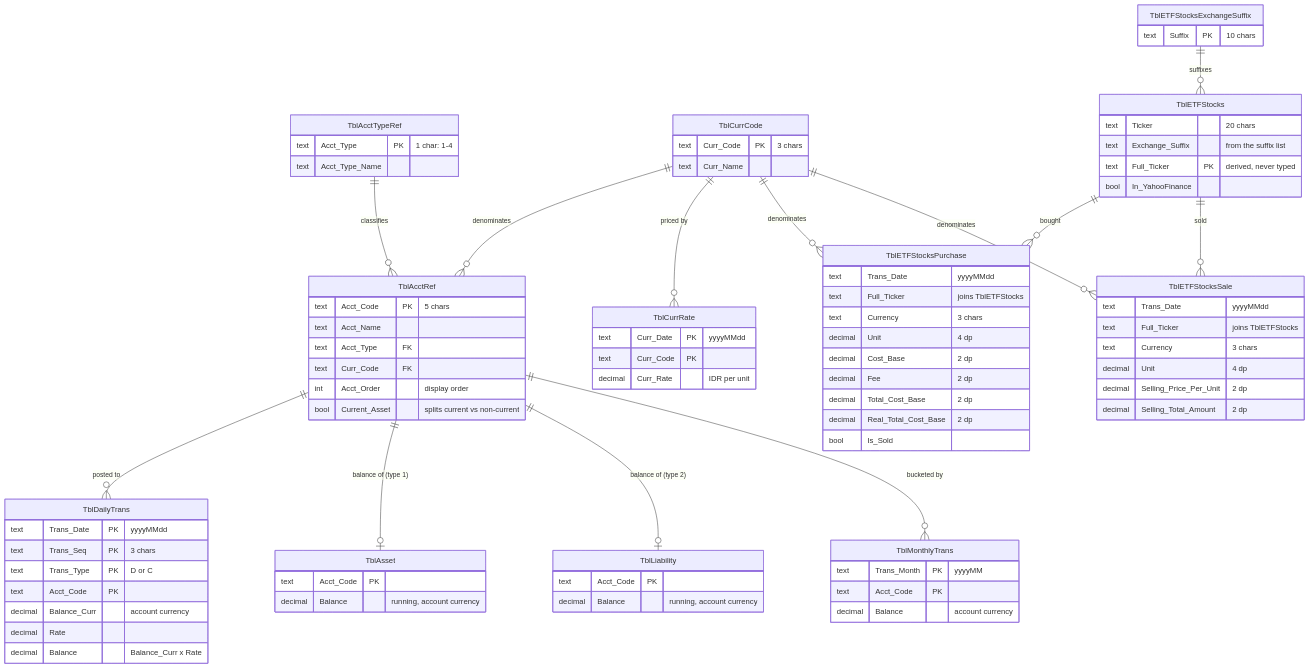
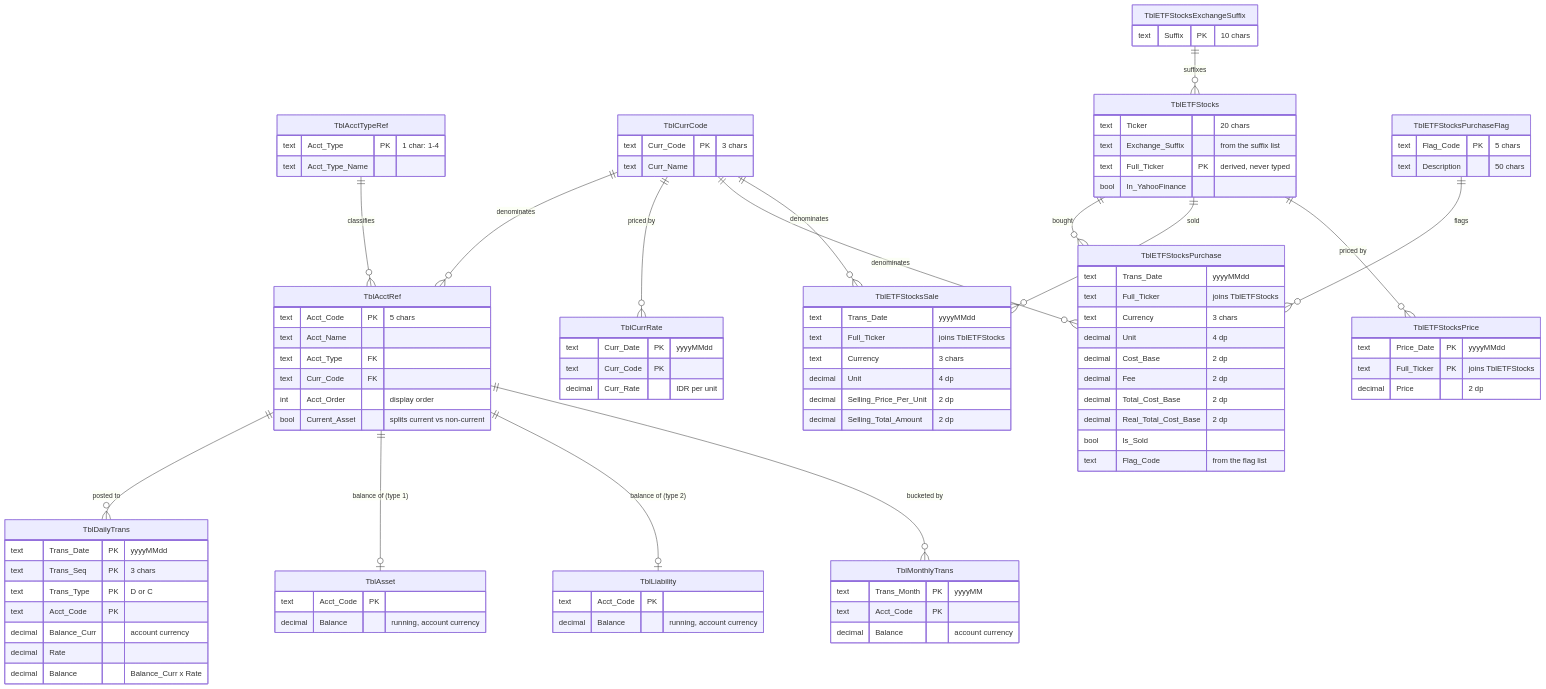
The third of 3 diagrams in README.md (oscar-rijadi/FinancialBalance), drawn with Mermaid before and after one commit. The commit also changed other lines of this file, not shown here.

````diff
--- a/README.md
+++ b/README.md
@@ -153,6 +159,8 @@
     TblETFStocks    ||--o{ TblETFStocksSale : "sold"
     TblCurrCode     ||--o{ TblETFStocksPurchase : "denominates"
     TblCurrCode     ||--o{ TblETFStocksSale : "denominates"
+    TblETFStocks    ||--o{ TblETFStocksPrice : "priced by"
+    TblETFStocksPurchaseFlag ||--o{ TblETFStocksPurchase : "flags"
 
     TblAcctTypeRef {
         text Acct_Type PK "1 char: 1-4"
@@ -216,6 +224,7 @@
         decimal Total_Cost_Base "2 dp"
         decimal Real_Total_Cost_Base "2 dp"
         bool    Is_Sold
+        text    Flag_Code "from the flag list"
     }
     TblETFStocksSale {
         text    Trans_Date "yyyyMMdd"
@@ -225,4 +234,13 @@
         decimal Selling_Price_Per_Unit "2 dp"
         decimal Selling_Total_Amount "2 dp"
     }
+    TblETFStocksPrice {
+        text    Price_Date PK "yyyyMMdd"
+        text    Full_Ticker PK "joins TblETFStocks"
+        decimal Price "2 dp"
+    }
+    TblETFStocksPurchaseFlag {
+        text Flag_Code PK "5 chars"
+        text Description "50 chars"
+    }
 ```
````
